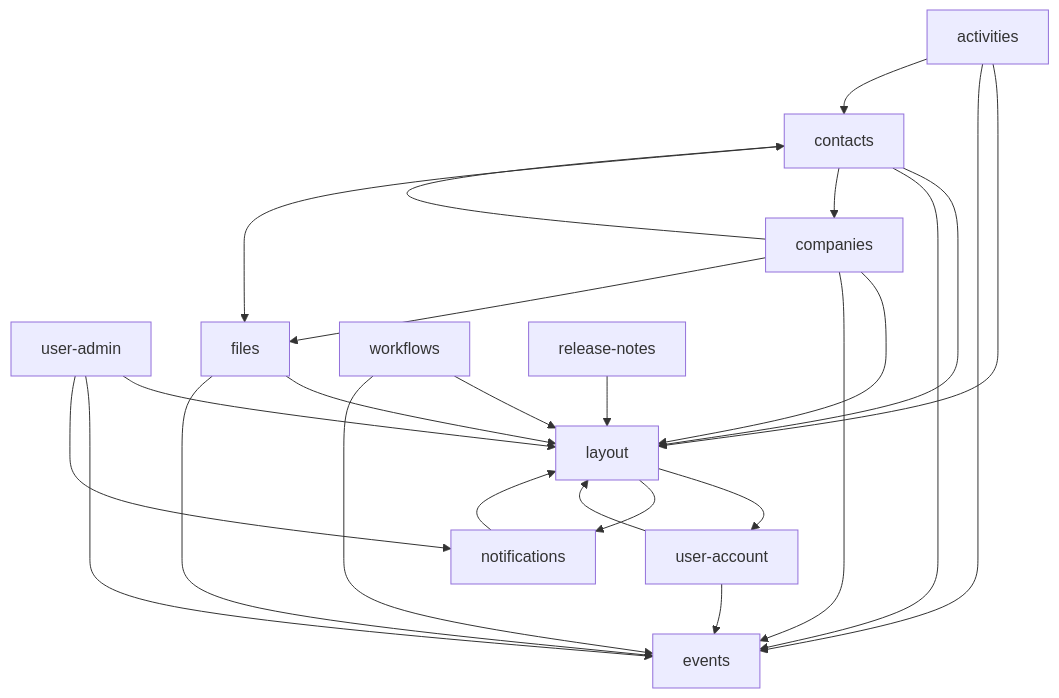
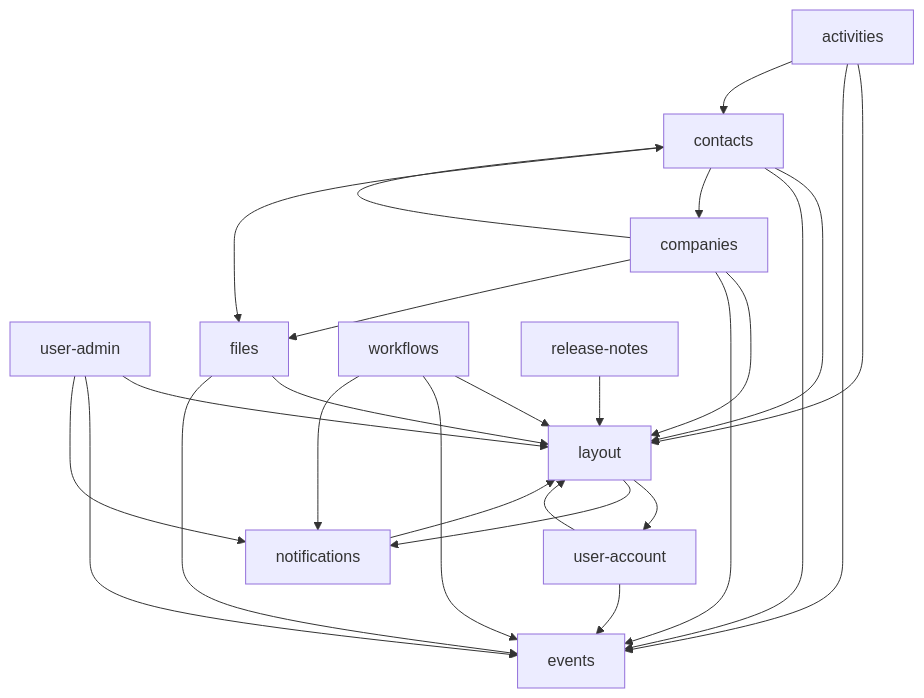
Before and after one commit to lowdefy/modules-mongodb: the diagram in README.md, drawn with Mermaid. The commit also changed 3 other files, not shown here.

````diff
--- a/README.md
+++ b/README.md
@@ -27,28 +27,29 @@
 ```mermaid
 graph TD
   layout --> user-account
   layout --> notifications
   user-account --> layout
   user-account --> events
   user-admin --> layout
   user-admin --> events
   user-admin --> notifications
   notifications --> layout
   contacts --> layout
   contacts --> events
   contacts --> companies
   contacts --> files
   companies --> layout
   companies --> events
   companies --> contacts
   companies --> files
   files --> layout
   files --> events
   activities --> layout
   activities --> events
   activities --> contacts
   workflows --> layout
   workflows --> events
+  workflows --> notifications
   release-notes --> layout
   events
 ```
````
